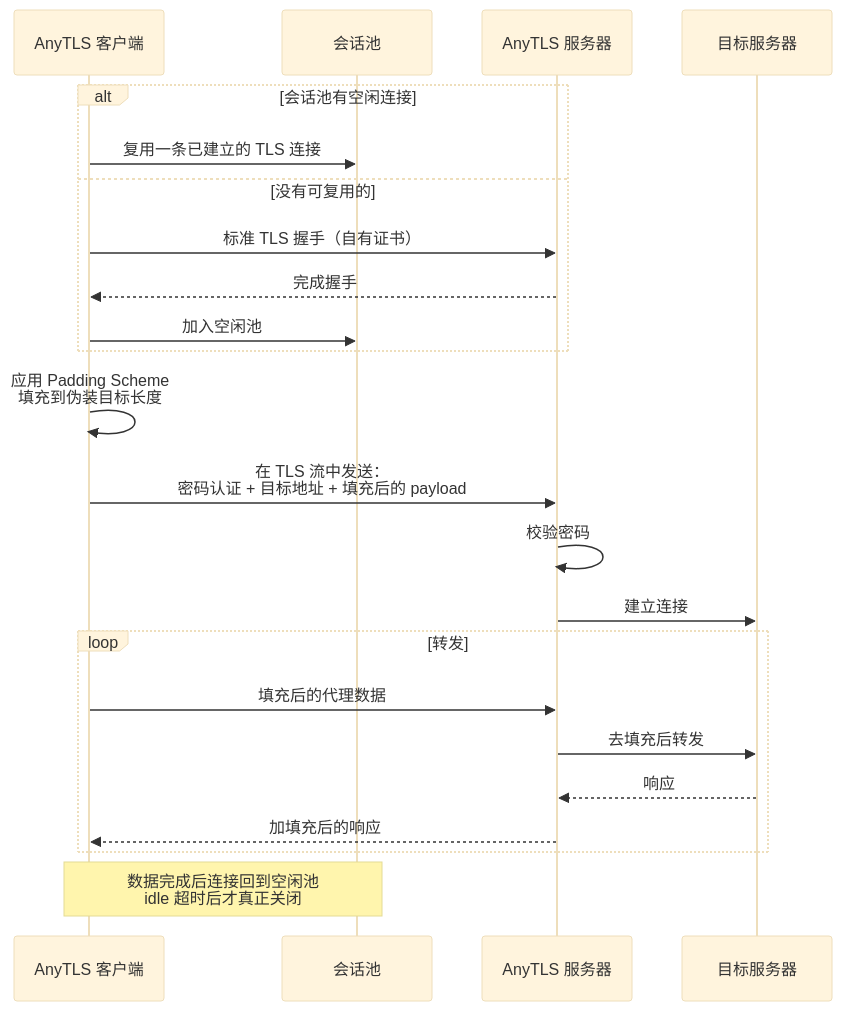
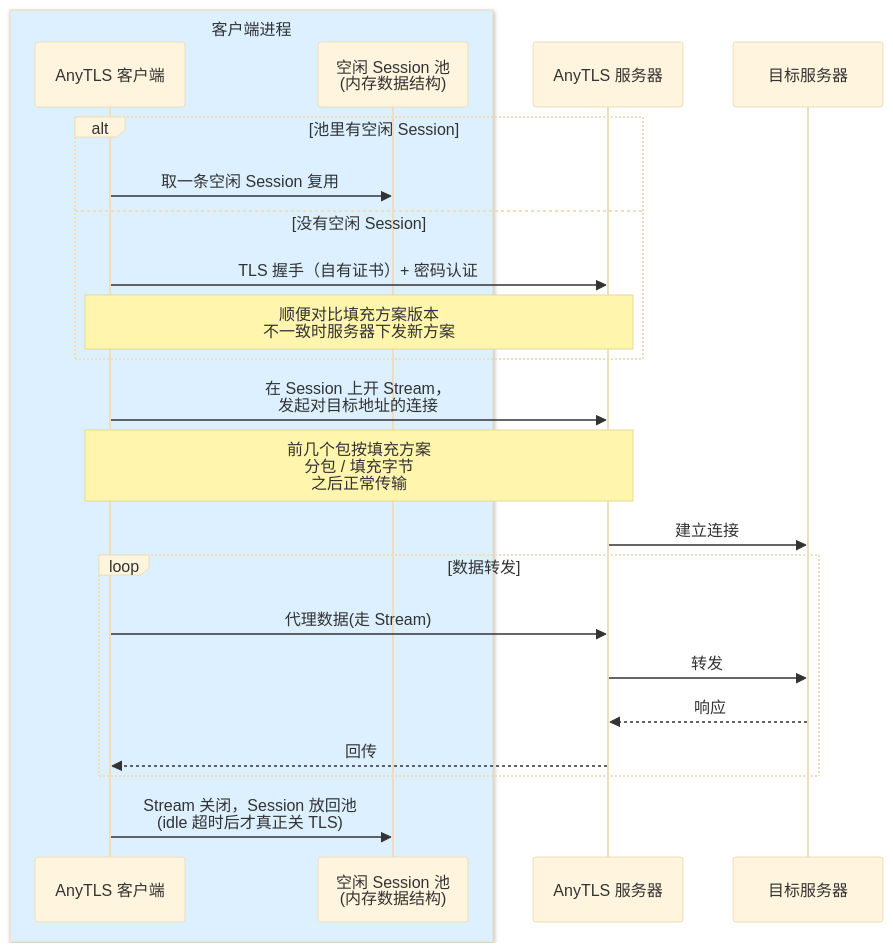
Diagram 11 of 12 in content/posts/other/代理协议全流程解析.md (asukaonly/asukaonly.github.io), drawn with Mermaid (base theme) before and after one commit. The commit also changed other lines of this file, not shown here.

````diff
--- a/content/posts/other/代理协议全流程解析.md
+++ b/content/posts/other/代理协议全流程解析.md
@@ -812,29 +867,29 @@
 ```mermaid
 sequenceDiagram
-    participant Local as AnyTLS 客户端
-    participant Pool as 会话池
+    box rgb(220, 240, 255) 客户端进程
+        participant Local as AnyTLS 客户端
+        participant Pool as 空闲 Session 池<br/>(内存数据结构)
+    end
     participant Remote as AnyTLS 服务器
     participant Target as 目标服务器
 
-    alt 会话池有空闲连接
-        Local->>Pool: 复用一条已建立的 TLS 连接
-    else 没有可复用的
-        Local->>Remote: 标准 TLS 握手（自有证书）
-        Remote-->>Local: 完成握手
-        Local->>Pool: 加入空闲池
+    alt 池里有空闲 Session
+        Local->>Pool: 取一条空闲 Session 复用
+    else 没有空闲 Session
+        Local->>Remote: TLS 握手（自有证书）+ 密码认证
+        Note over Local,Remote: 顺便对比填充方案版本<br/>不一致时服务器下发新方案
     end
 
-    Local->>Local: 应用 Padding Scheme<br/>填充到伪装目标长度
-    Local->>Remote: 在 TLS 流中发送：<br/>密码认证 + 目标地址 + 填充后的 payload
+    Local->>Remote: 在 Session 上开 Stream，<br/>发起对目标地址的连接
+    Note over Local,Remote: 前几个包按填充方案<br/>分包 / 填充字节<br/>之后正常传输
+    Remote->>Target: 建立连接
 
-    Remote->>Remote: 校验密码
-    Remote->>Target: 建立连接
-    loop 转发
-        Local->>Remote: 填充后的代理数据
-        Remote->>Target: 去填充后转发
+    loop 数据转发
+        Local->>Remote: 代理数据(走 Stream)
+        Remote->>Target: 转发
         Target-->>Remote: 响应
-        Remote-->>Local: 加填充后的响应
+        Remote-->>Local: 回传
     end
 
-    Note over Local,Pool: 数据完成后连接回到空闲池<br/>idle 超时后才真正关闭
+    Local->>Pool: Stream 关闭，Session 放回池<br/>(idle 超时后才真正关 TLS)
 ```
````
